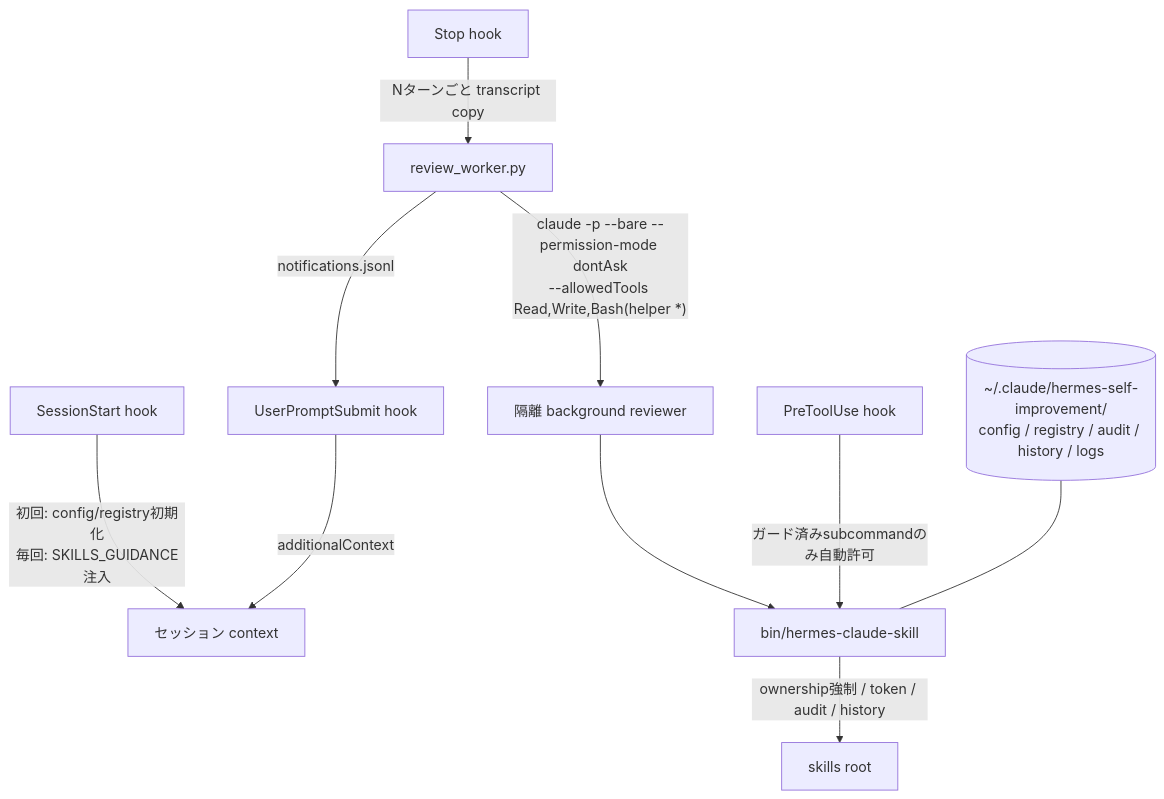
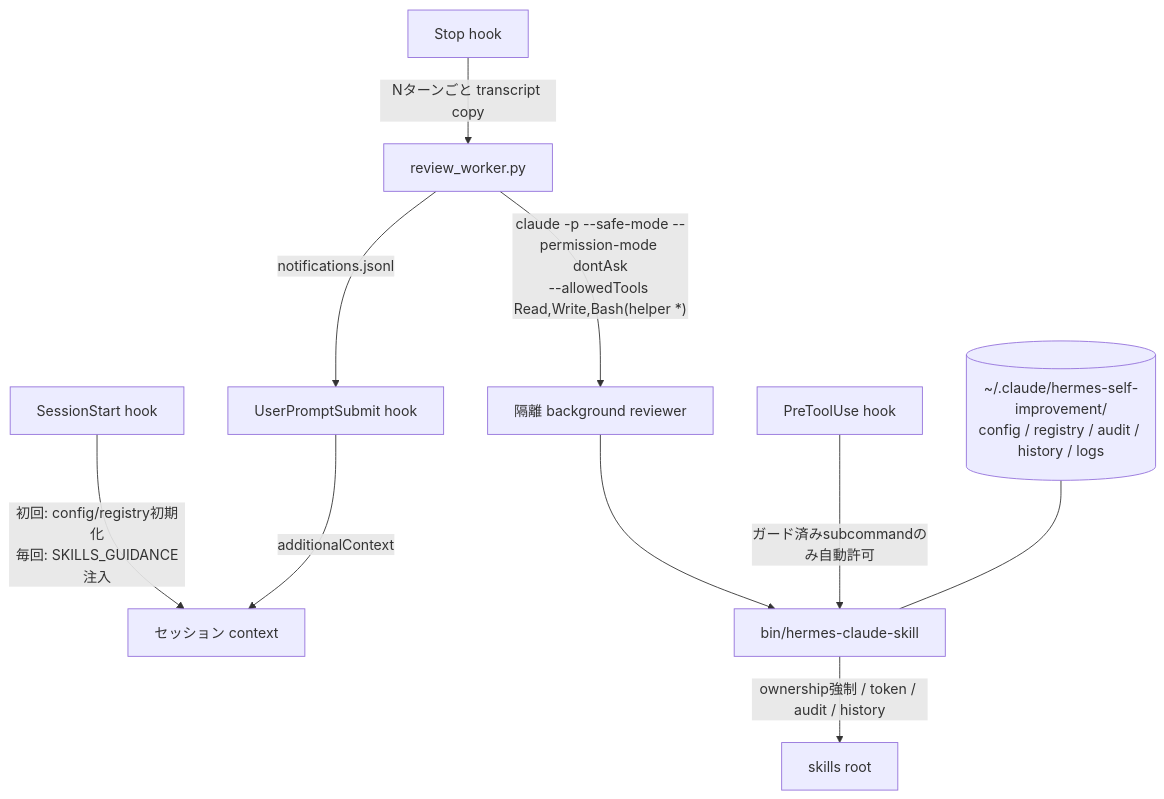
Before and after one commit to lilpacy/hermes-self-improvement-claude-plugin: the first of 5 diagrams in README.ja.md, drawn with Mermaid. The commit also changed other lines of this file and 3 other files, not shown here.

First line of the commit message:
Use --safe-mode instead of --bare for the background reviewer (#1)

````diff
--- a/README.ja.md
+++ b/README.ja.md
@@ -18,12 +18,12 @@
 ```mermaid
 flowchart TD
   SS[SessionStart hook] -- "初回: config/registry初期化\n毎回: SKILLS_GUIDANCE注入" --> CTX[セッション context]
   ST[Stop hook] -- "Nターンごと transcript copy" --> RW[review_worker.py]
-  RW -- "claude -p --bare --permission-mode dontAsk\n--allowedTools Read,Write,Bash(helper *)" --> BG[隔離 background reviewer]
+  RW -- "claude -p --safe-mode --permission-mode dontAsk\n--allowedTools Read,Write,Bash(helper *)" --> BG[隔離 background reviewer]
   BG --> HL[bin/hermes-claude-skill]
   HL -- "ownership強制 / token / audit / history" --> SK[skills root]
   RW -- notifications.jsonl --> UP[UserPromptSubmit hook]
   UP -- additionalContext --> CTX
   PT[PreToolUse hook] -- "ガード済みsubcommandのみ自動許可" --> HL
   DATA[(~/.claude/hermes-self-improvement/\nconfig / registry / audit / history / logs)] --- HL
 ```
````
